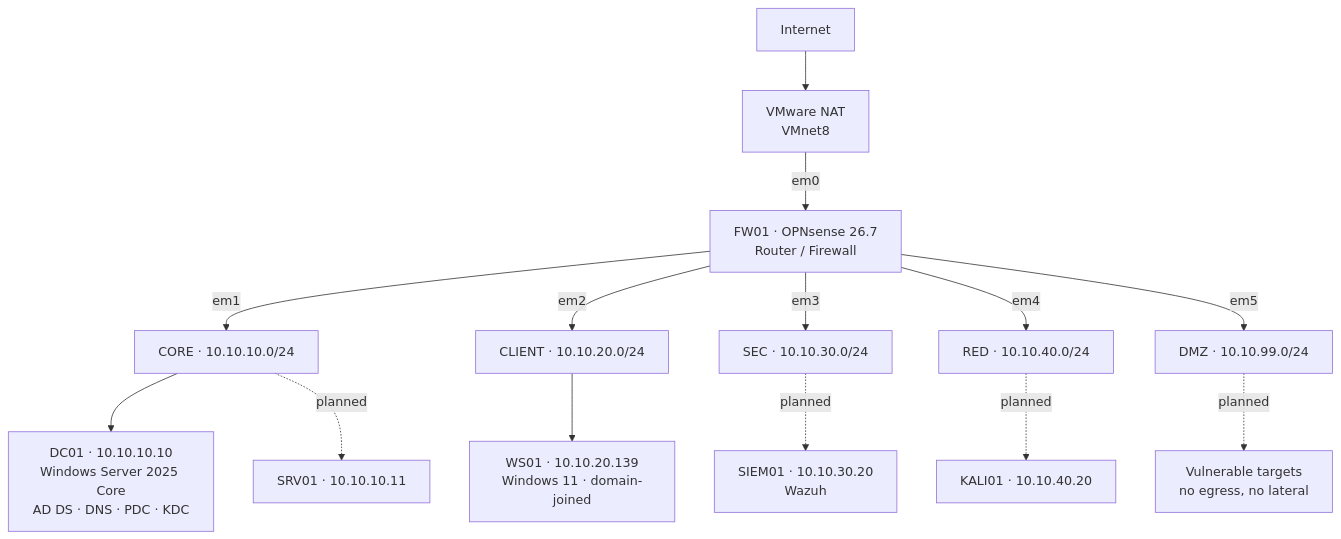
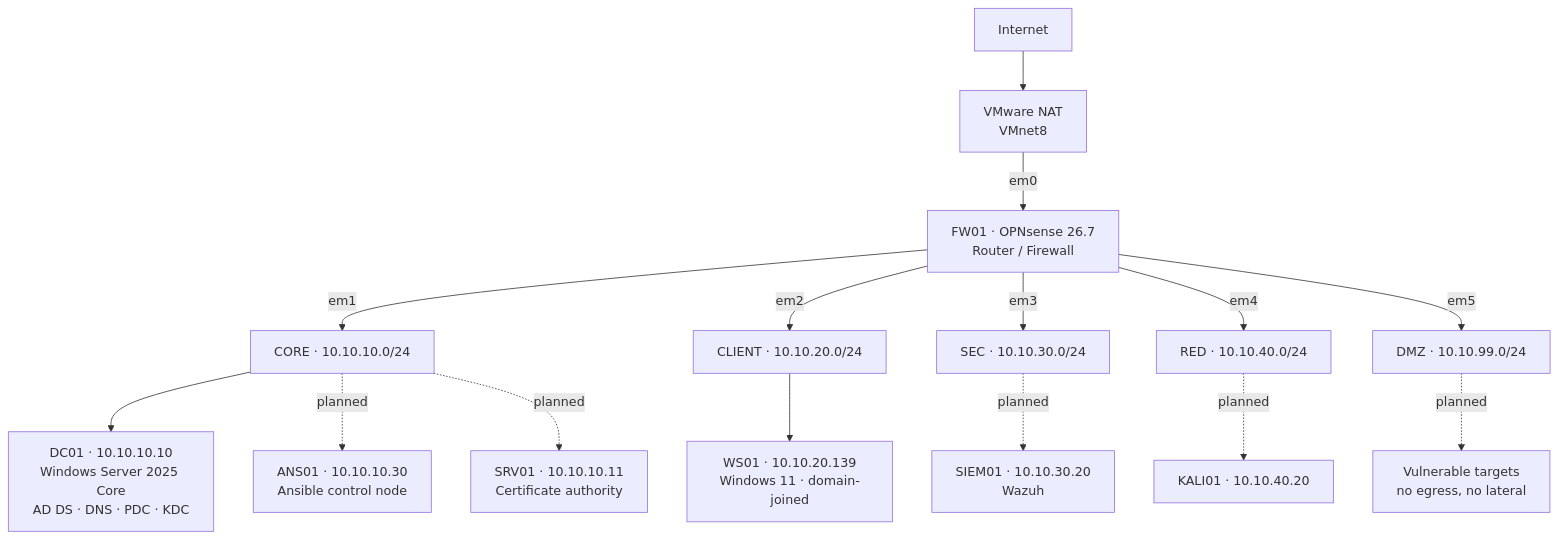
Before and after one commit to Icejandeperio/VaultLab-IT-Infrastructure-Learning: the diagram in README.md, drawn with Mermaid. The commit also changed other lines of this file and 2 other files, not shown here.

````diff
--- a/README.md
+++ b/README.md
@@ -14,17 +14,18 @@
 ```mermaid
 graph TD
     NET[Internet] --> NAT[VMware NAT<br/>VMnet8]
     NAT -->|em0| FW[FW01 · OPNsense 26.7<br/>Router / Firewall]
     FW -->|em1| CORE[CORE · 10.10.10.0/24]
     FW -->|em2| CLIENT[CLIENT · 10.10.20.0/24]
     FW -->|em3| SEC[SEC · 10.10.30.0/24]
     FW -->|em4| RED[RED · 10.10.40.0/24]
     FW -->|em5| DMZ[DMZ · 10.10.99.0/24]
 
     CORE --> DC01[DC01 · 10.10.10.10<br/>Windows Server 2025 Core<br/>AD DS · DNS · PDC · KDC]
-    CORE -.planned.-> SRV01[SRV01 · 10.10.10.11]
+    CORE -.planned.-> ANS01[ANS01 · 10.10.10.30<br/>Ansible control node]
+    CORE -.planned.-> SRV01[SRV01 · 10.10.10.11<br/>Certificate authority]
     CLIENT --> WS01[WS01 · 10.10.20.139<br/>Windows 11 · domain-joined]
     SEC -.planned.-> SIEM01[SIEM01 · 10.10.30.20<br/>Wazuh]
     RED -.planned.-> KALI01[KALI01 · 10.10.40.20]
     DMZ -.planned.-> TGT[Vulnerable targets<br/>no egress, no lateral]
 ```
````
